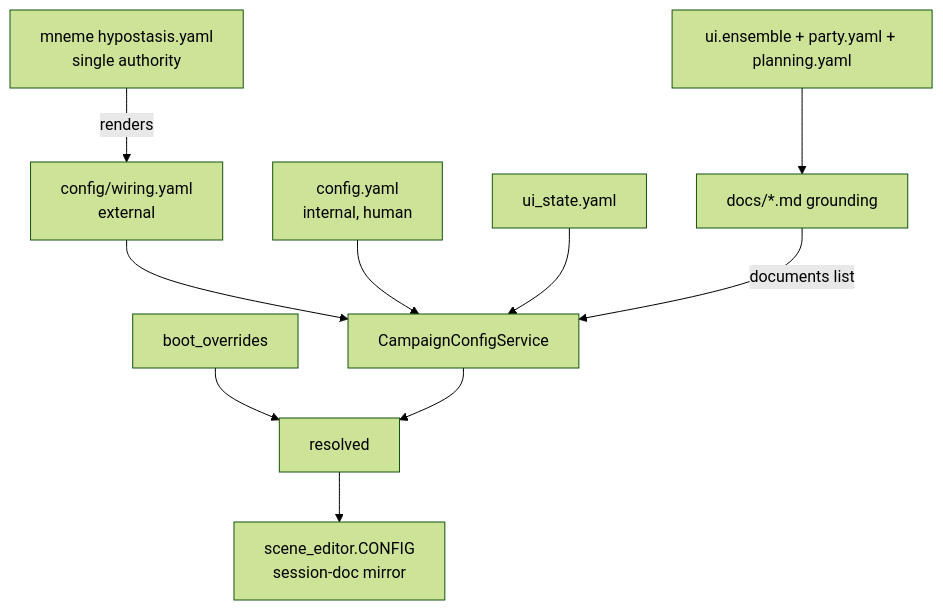
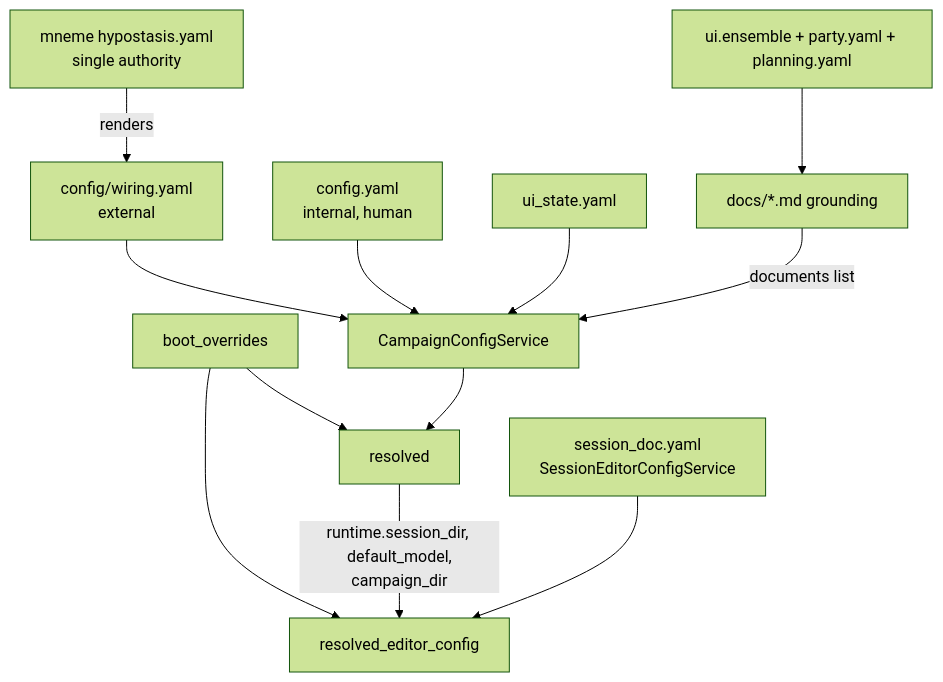
The diagram in docs/config/master.md (kostadis/CampaignGenerator), drawn with Mermaid (forest theme) before and after one commit. The commit also changed other lines of this file and 6 other files, not shown here.

````diff
--- a/docs/config/master.md
+++ b/docs/config/master.md
@@ -9,12 +9,14 @@
 ```mermaid
 flowchart TB
   HY["mneme hypostasis.yaml<br/>single authority"] -->|renders| WI["config/wiring.yaml<br/>external"]
   WI --> SVC
   CY["config.yaml<br/>internal, human"] --> SVC[CampaignConfigService]
   US[ui_state.yaml] --> SVC
   BO[boot_overrides] --> RES[resolved]
   SVC --> RES
-  RES --> CFG["scene_editor.CONFIG<br/>session-doc mirror"]
+  BO --> RESE[resolved_editor_config]
+  RES -->|runtime.session_dir, default_model,<br/>campaign_dir| RESE
+  SD["session_doc.yaml<br/>SessionEditorConfigService"] --> RESE
   UIE["ui.ensemble + party.yaml + planning.yaml"] --> GD["docs/*.md grounding"]
   GD -->|documents list| SVC
 ```
````
